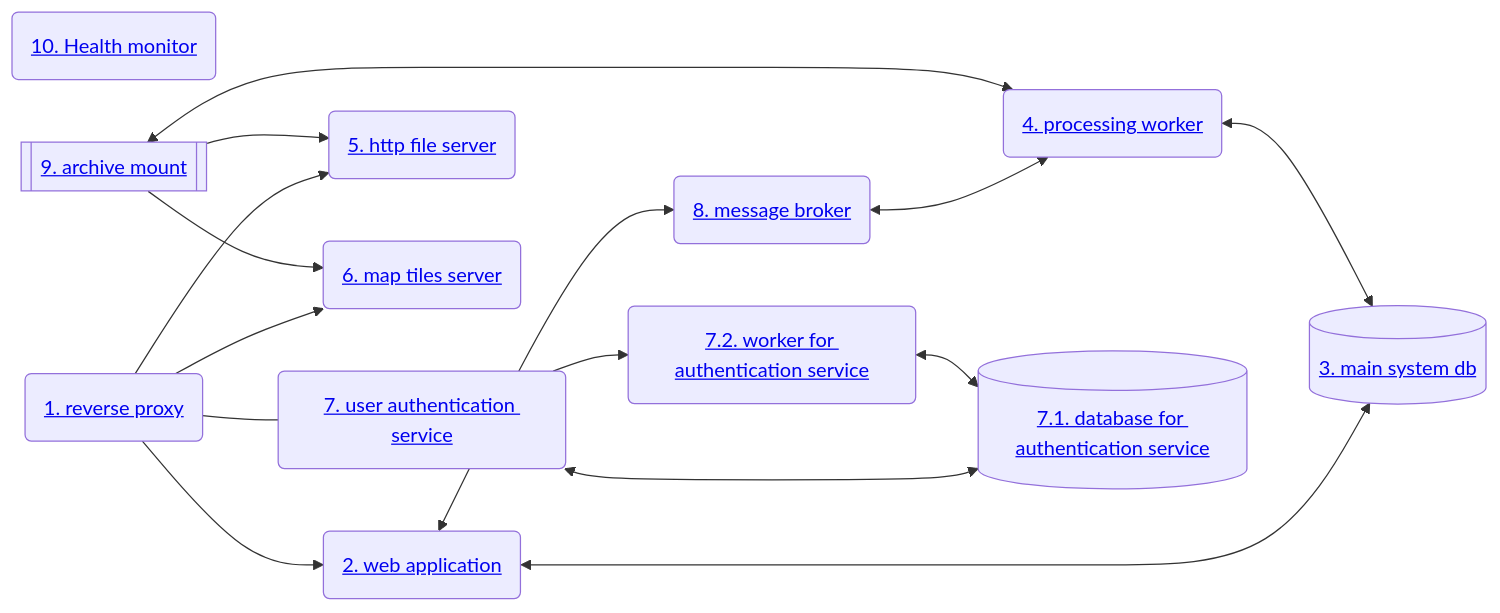
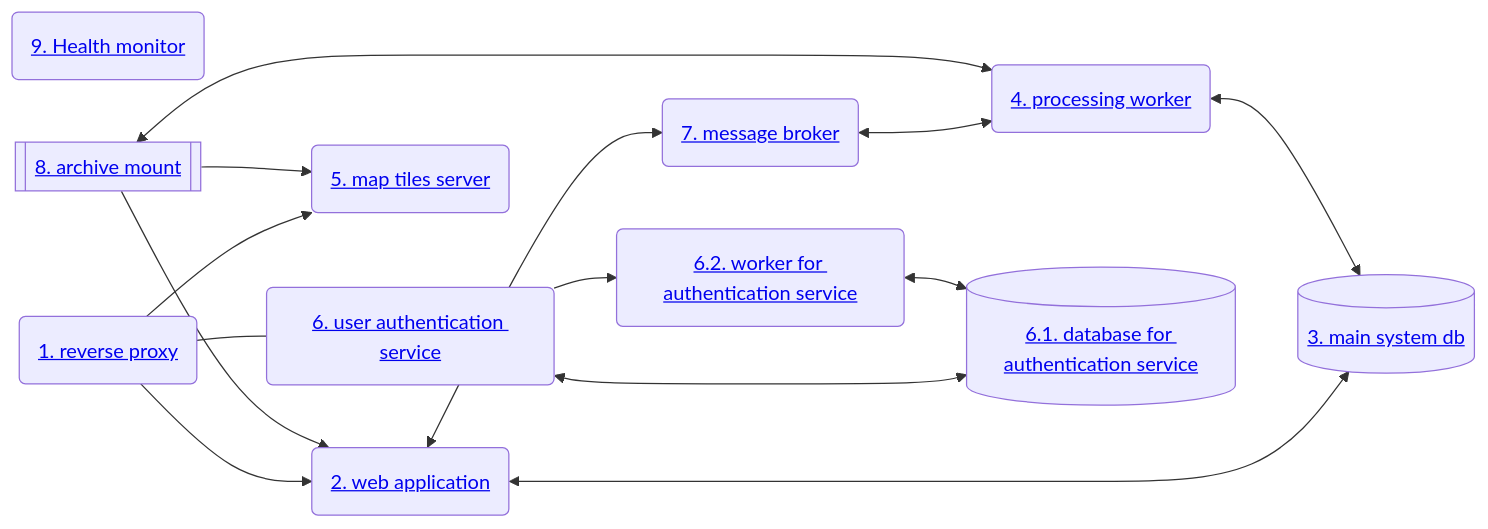
The diagram in docs/admin-guide.md (NaturalGIS/seis-lab-data), drawn with Mermaid before and after one commit. The commit also changed other lines of this file and 29 other files, not shown here.

Commit message:
removed caddy service and made file downloads go through webapp (#225)

````diff
--- a/docs/admin-guide.md
+++ b/docs/admin-guide.md
@@ -415,29 +412,27 @@
 ```mermaid
 flowchart LR
-    monitor(<a href="#10-health-monitor-component">10. Health monitor</a>)
+    monitor(<a href="#9-health-monitor-component">9. Health monitor</a>)
     rev-proxy(<a href="#1-reverse-proxy-component">1. reverse proxy</a>)
     webapp(<a href="#2-web-application-component">2. web application</a>)
     db[(<a href="#3-main-system-db-component">3. main system db</a>)]
     proc-worker(<a href="#4-processing-worker-component">4. processing worker</a>)
-    file-server(<a href="#5-http-file-server-component">5. http file server</a>)
-    tile-server(<a href="#6-map-tiles-server-component">6. map tiles server</a>)
-    auth-webapp(<a href="#7-user-authentication-service-component">7. user authentication service</a>)
-    auth-db[(<a href="#71-database-for-authentication-service-component">7.1. database for authentication service</a>)]
-    auth-worker(<a href="#72-worker-for-authentication-service-component">7.2. worker for authentication service</a>)
-    message-broker(<a href="#8-message-broker-component">8. message broker</a>)
-    arch[[<a href="#9-archive-mount-component">9. archive mount</a>]]
+    tile-server(<a href="#5-map-tiles-server-component">5. map tiles server</a>)
+    auth-webapp(<a href="#6-user-authentication-service-component">6. user authentication service</a>)
+    auth-db[(<a href="#61-database-for-authentication-service-component">6.1. database for authentication service</a>)]
+    auth-worker(<a href="#62-worker-for-authentication-service-component">6.2. worker for authentication service</a>)
+    message-broker(<a href="#7-message-broker-component">7. message broker</a>)
+    arch[[<a href="#8-archive-mount-component">8. archive mount</a>]]
     rev-proxy --> webapp
-    rev-proxy --> file-server
     rev-proxy --> tile-server
     rev-proxy --- auth-webapp
     auth-webapp <--> auth-db
     auth-webapp --> auth-worker
     auth-worker <--> auth-db
     webapp <--> db
     proc-worker <--> db
     webapp <--> message-broker
     message-broker <--> proc-worker
-    arch --> file-server
+    arch --> webapp
     arch --> tile-server
     arch <--> proc-worker
 ```
````
